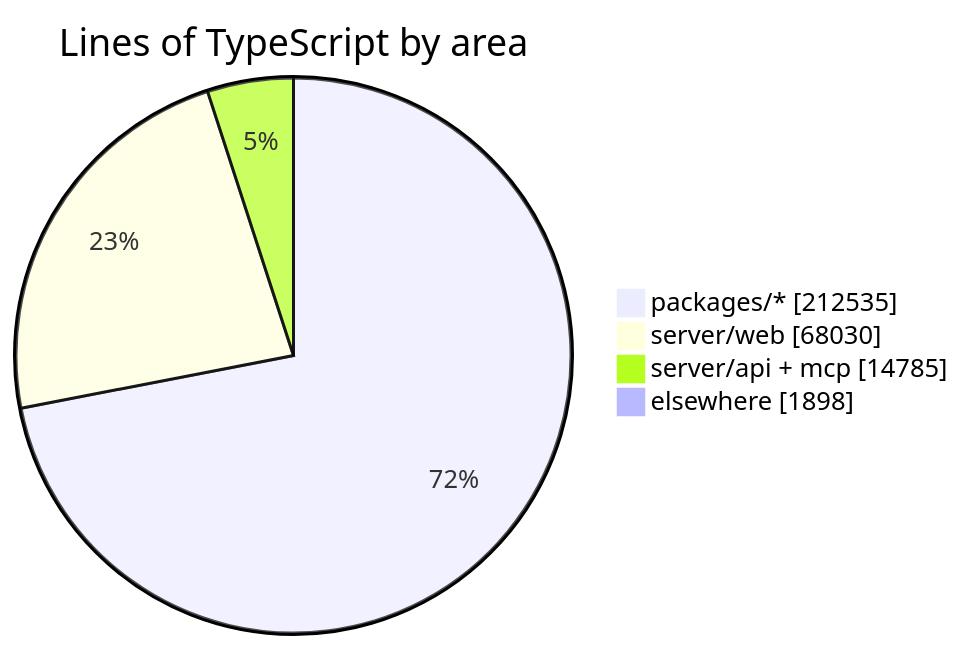
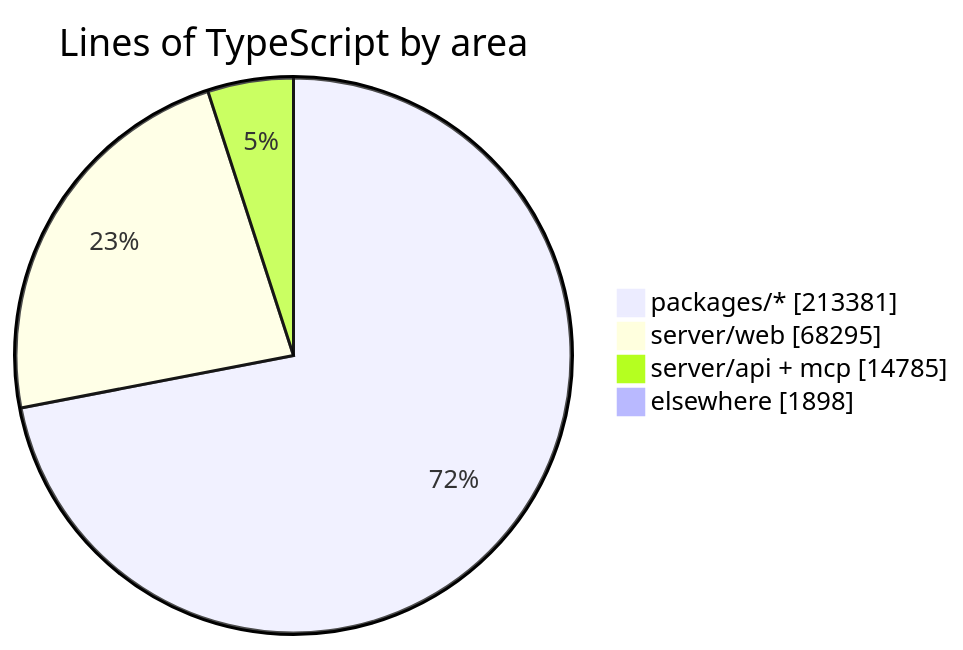
Before and after one commit to crossworks-engineering/mantle: the diagram in README.md, drawn with Mermaid. The commit also changed other lines of this file and 2 other files, not shown here.

````diff
--- a/README.md
+++ b/README.md
@@ -287,7 +287,7 @@
 ```mermaid
 pie showData title Lines of TypeScript by area
-    "packages/*" : 212535
-    "server/web" : 68030
+    "packages/*" : 213381
+    "server/web" : 68295
     "server/api + mcp" : 14785
     "elsewhere" : 1898
 ```
````
